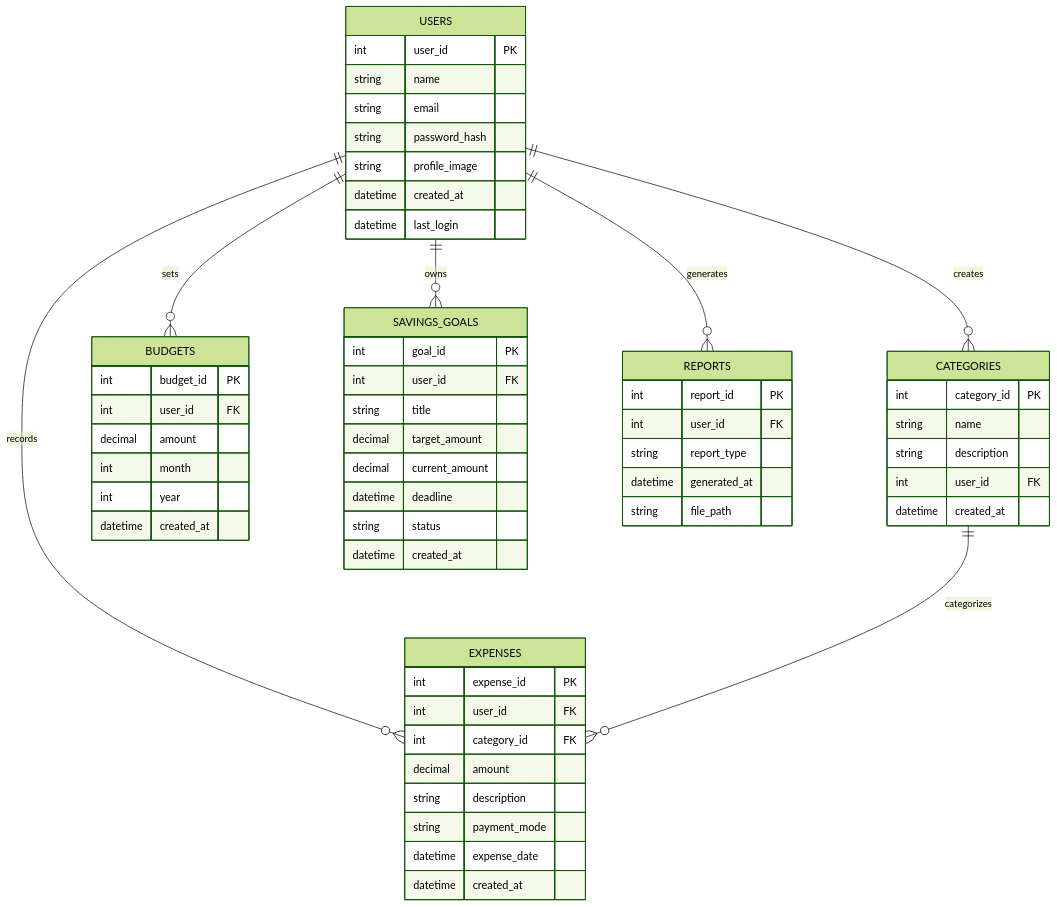
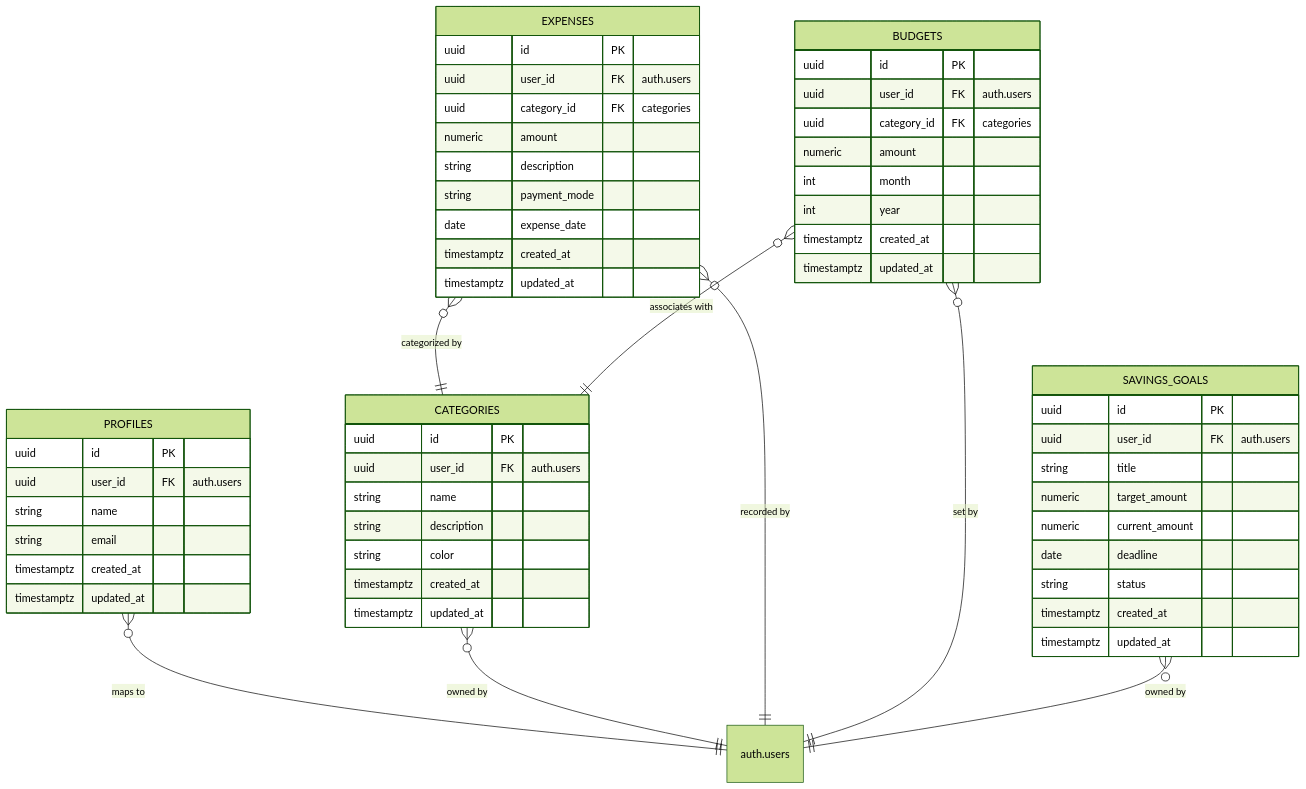
The diagram in ErDiagram.md (BOXER78/BudgetWise), drawn with Mermaid (forest theme) before and after one commit. The commit also changed 98 other files, not shown here.

````diff
--- a/ErDiagram.md
+++ b/ErDiagram.md
@@ -3,68 +3,65 @@
 ```mermaid
 erDiagram
 
-    USERS {
-        int user_id PK
+    PROFILES {
+        uuid id PK
+        uuid user_id FK "auth.users"
         string name
         string email
-        string password_hash
-        string profile_image
-        datetime created_at
-        datetime last_login
+        timestamptz created_at
+        timestamptz updated_at
     }
 
     CATEGORIES {
-        int category_id PK
+        uuid id PK
+        uuid user_id FK "auth.users"
         string name
         string description
-        int user_id FK
-        datetime created_at
+        string color
+        timestamptz created_at
+        timestamptz updated_at
     }
 
     EXPENSES {
-        int expense_id PK
-        int user_id FK
-        int category_id FK
-        decimal amount
+        uuid id PK
+        uuid user_id FK "auth.users"
+        uuid category_id FK "categories"
+        numeric amount
         string description
         string payment_mode
-        datetime expense_date
-        datetime created_at
+        date expense_date
+        timestamptz created_at
+        timestamptz updated_at
     }
 
     BUDGETS {
-        int budget_id PK
-        int user_id FK
-        decimal amount
+        uuid id PK
+        uuid user_id FK "auth.users"
+        uuid category_id FK "categories"
+        numeric amount
         int month
         int year
-        datetime created_at
+        timestamptz created_at
+        timestamptz updated_at
     }
 
     SAVINGS_GOALS {
-        int goal_id PK
-        int user_id FK
+        uuid id PK
+        uuid user_id FK "auth.users"
         string title
-        decimal target_amount
-        decimal current_amount
-        datetime deadline
+        numeric target_amount
+        numeric current_amount
+        date deadline
         string status
-        datetime created_at
+        timestamptz created_at
+        timestamptz updated_at
     }
 
-    REPORTS {
-        int report_id PK
-        int user_id FK
-        string report_type
-        datetime generated_at
-        string file_path
-    }
-
-    USERS ||--o{ CATEGORIES : creates
-    USERS ||--o{ EXPENSES : records
-    USERS ||--o{ BUDGETS : sets
-    USERS ||--o{ SAVINGS_GOALS : owns
-    USERS ||--o{ REPORTS : generates
-
-    CATEGORIES ||--o{ EXPENSES : categorizes
+    PROFILES }o--|| "auth.users" : "maps to"
+    CATEGORIES }o--|| "auth.users" : "owned by"
+    EXPENSES }o--|| "auth.users" : "recorded by"
+    EXPENSES }o--|| CATEGORIES : "categorized by"
+    BUDGETS }o--|| "auth.users" : "set by"
+    BUDGETS }o--|| CATEGORIES : "associates with"
+    SAVINGS_GOALS }o--|| "auth.users" : "owned by"
 ```
````
